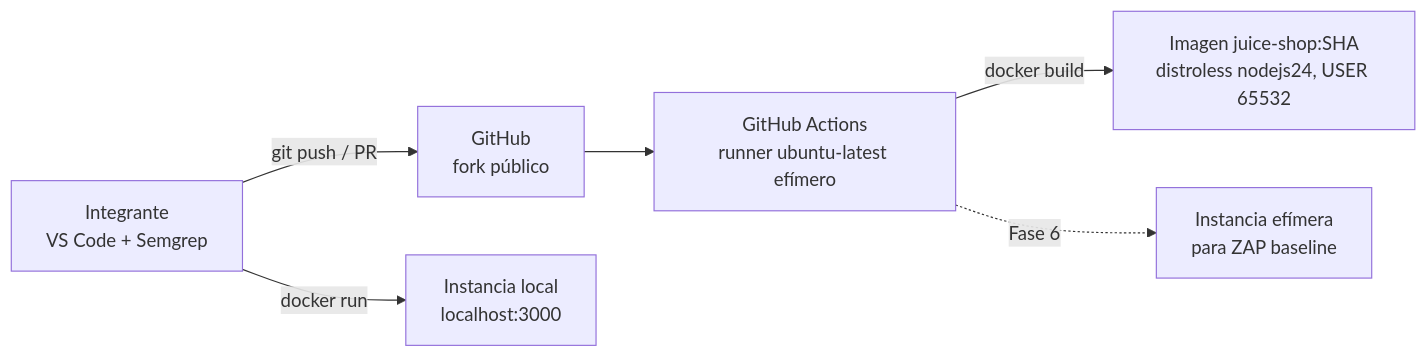
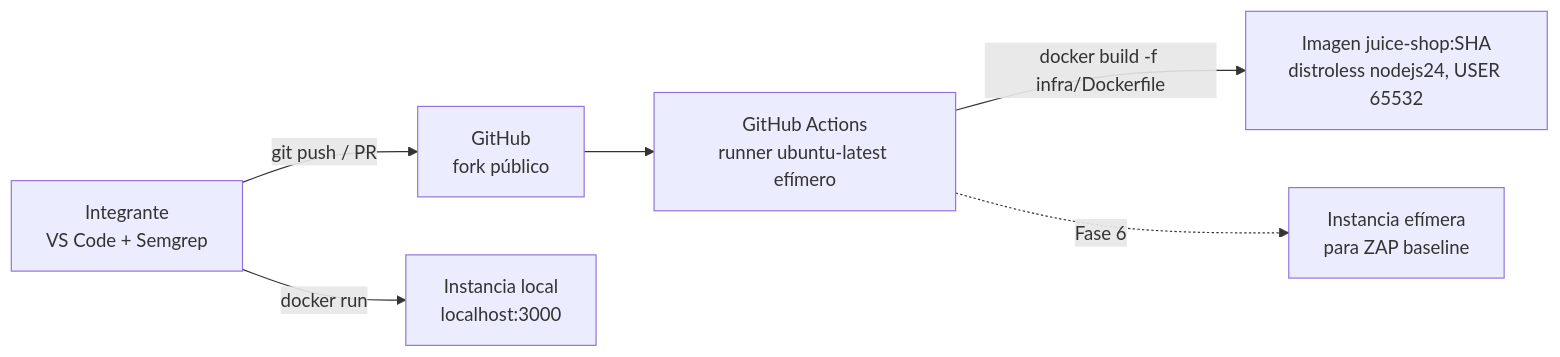
Before and after one commit to Daniel-1A/juice-shop-sast: the second of 2 diagrams in security/diseño/arquitectura.md, drawn with Mermaid. The commit also changed other lines of this file and 11 other files, not shown here.

````diff
--- a/security/diseño/arquitectura.md
+++ b/security/diseño/arquitectura.md
@@ -61,8 +61,8 @@
 ```mermaid
 flowchart LR
     DEV[Integrante<br/>VS Code + Semgrep] -- git push / PR --> GH[GitHub<br/>fork público]
     GH --> GA[GitHub Actions<br/>runner ubuntu-latest efímero]
-    GA -- docker build --> IMG[Imagen juice-shop:SHA<br/>distroless nodejs24, USER 65532]
+    GA -- docker build -f infra/Dockerfile --> IMG[Imagen juice-shop:SHA<br/>distroless nodejs24, USER 65532]
     GA -. Fase 6 .-> APP[Instancia efímera<br/>para ZAP baseline]
     DEV -- docker run --> LOCAL[Instancia local<br/>localhost:3000]
 ```
````
